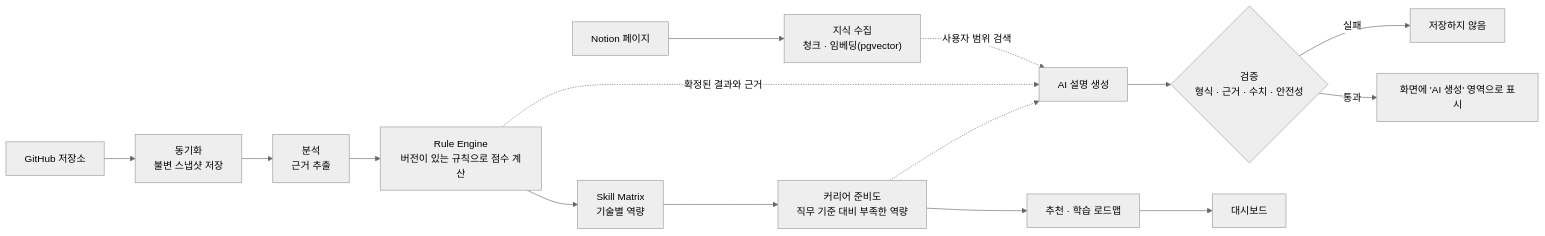
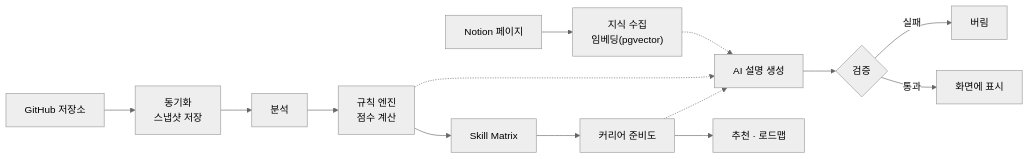
The diagram in README.md (semicolon213/DevPath), drawn with Mermaid (neutral theme) before and after one commit. The commit also changed other lines of this file, not shown here.

````diff
--- a/README.md
+++ b/README.md
@@ -51,18 +52,17 @@
 ```mermaid
 flowchart LR
-    GH["GitHub 저장소"] --> SYNC["동기화<br/>불변 스냅샷 저장"]
-    NO["Notion 페이지"] --> KN["지식 수집<br/>청크 · 임베딩(pgvector)"]
-    SYNC --> AN["분석<br/>근거 추출"]
-    AN --> RE["Rule Engine<br/>버전이 있는 규칙으로 점수 계산"]
-    RE --> SM["Skill Matrix<br/>기술별 역량"]
-    SM --> CR["커리어 준비도<br/>직무 기준 대비 부족한 역량"]
-    CR --> REC["추천 · 학습 로드맵"]
-    REC --> DB["대시보드"]
+    GH["GitHub 저장소"] --> SYNC["동기화<br/>스냅샷 저장"]
+    NO["Notion 페이지"] --> KN["지식 수집<br/>임베딩(pgvector)"]
+    SYNC --> AN["분석"]
+    AN --> RE["규칙 엔진<br/>점수 계산"]
+    RE --> SM["Skill Matrix"]
+    SM --> CR["커리어 준비도"]
+    CR --> REC["추천 · 로드맵"]
 
-    RE -. 확정된 결과와 근거 .-> AI["AI 설명 생성"]
+    RE -.-> AI["AI 설명 생성"]
     CR -.-> AI
-    KN -. 사용자 범위 검색 .-> AI
-    AI --> VAL{"검증<br/>형식 · 근거 · 수치 · 안전성"}
-    VAL -->|통과| SHOW["화면에 'AI 생성' 영역으로 표시"]
-    VAL -->|실패| DROP["저장하지 않음"]
+    KN -.-> AI
+    AI --> VAL{"검증"}
+    VAL -->|통과| SHOW["화면에 표시"]
+    VAL -->|실패| DROP["버림"]
 ```
````
